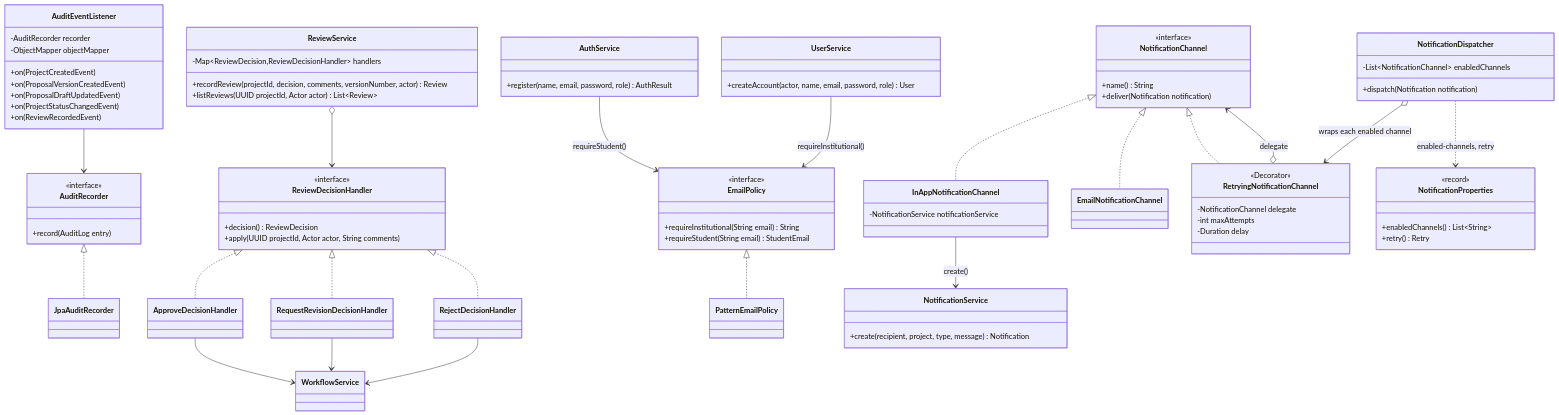
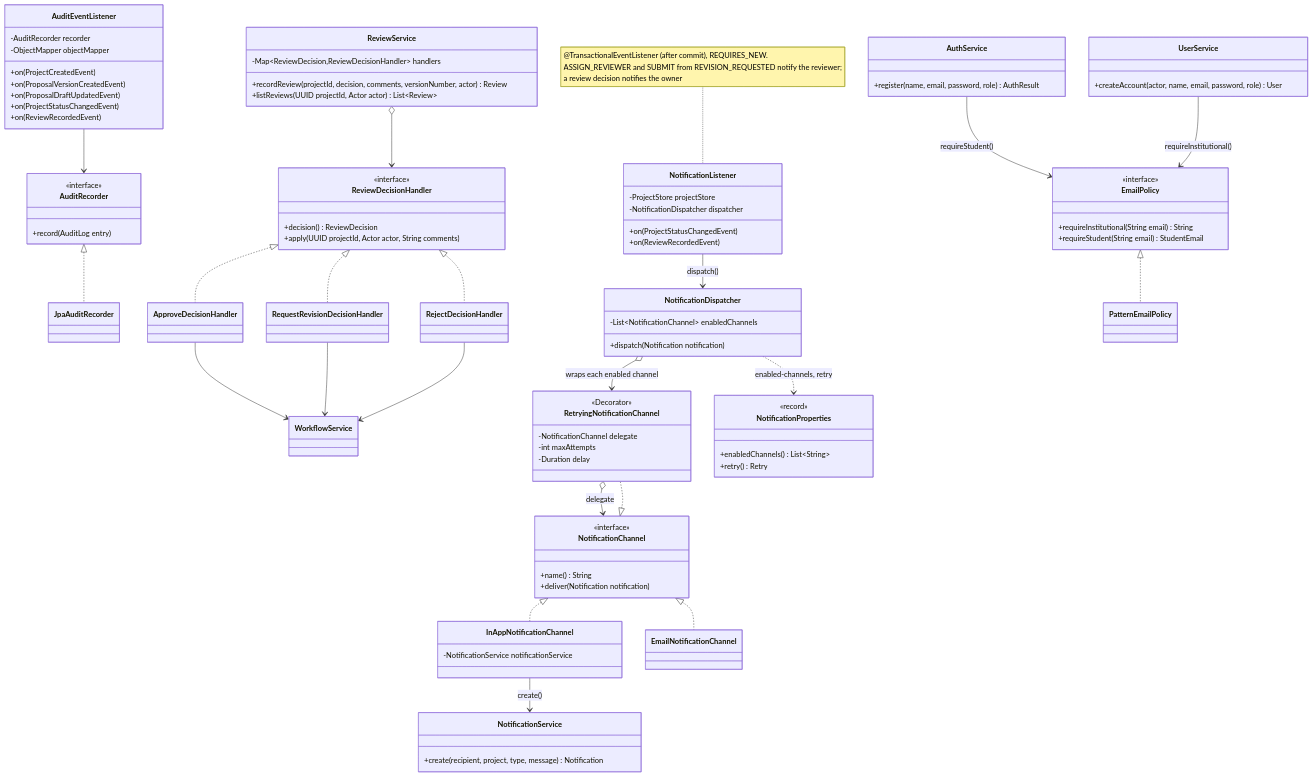
One commit to udita-0707/Prastaav changed diagram 11 of 11 in docs/diagrams.md. Above: the diagram before and after it, drawn with Mermaid. The commit also changed other lines of this file and 6 other files, not shown here.

Commit message:
docs(notification): listener, dispatch sequence and inbox API contracts

```diff
--- a/docs/diagrams.md
+++ b/docs/diagrams.md
@@ -584,6 +587,14 @@
   class JpaAuditRecorder
   AuditRecorder <|.. JpaAuditRecorder
   AuditEventListener --> AuditRecorder
+  class NotificationListener {
+    -ProjectStore projectStore
+    -NotificationDispatcher dispatcher
+    +on(ProjectStatusChangedEvent)
+    +on(ReviewRecordedEvent)
+  }
+  note for NotificationListener "@TransactionalEventListener (after commit), REQUIRES_NEW.<br/>ASSIGN_REVIEWER and SUBMIT from REVISION_REQUESTED notify the reviewer;<br/>a review decision notifies the owner"
+  NotificationListener --> NotificationDispatcher : dispatch()
   class ReviewDecisionHandler {
     <<interface>>
     +decision() ReviewDecision
```
